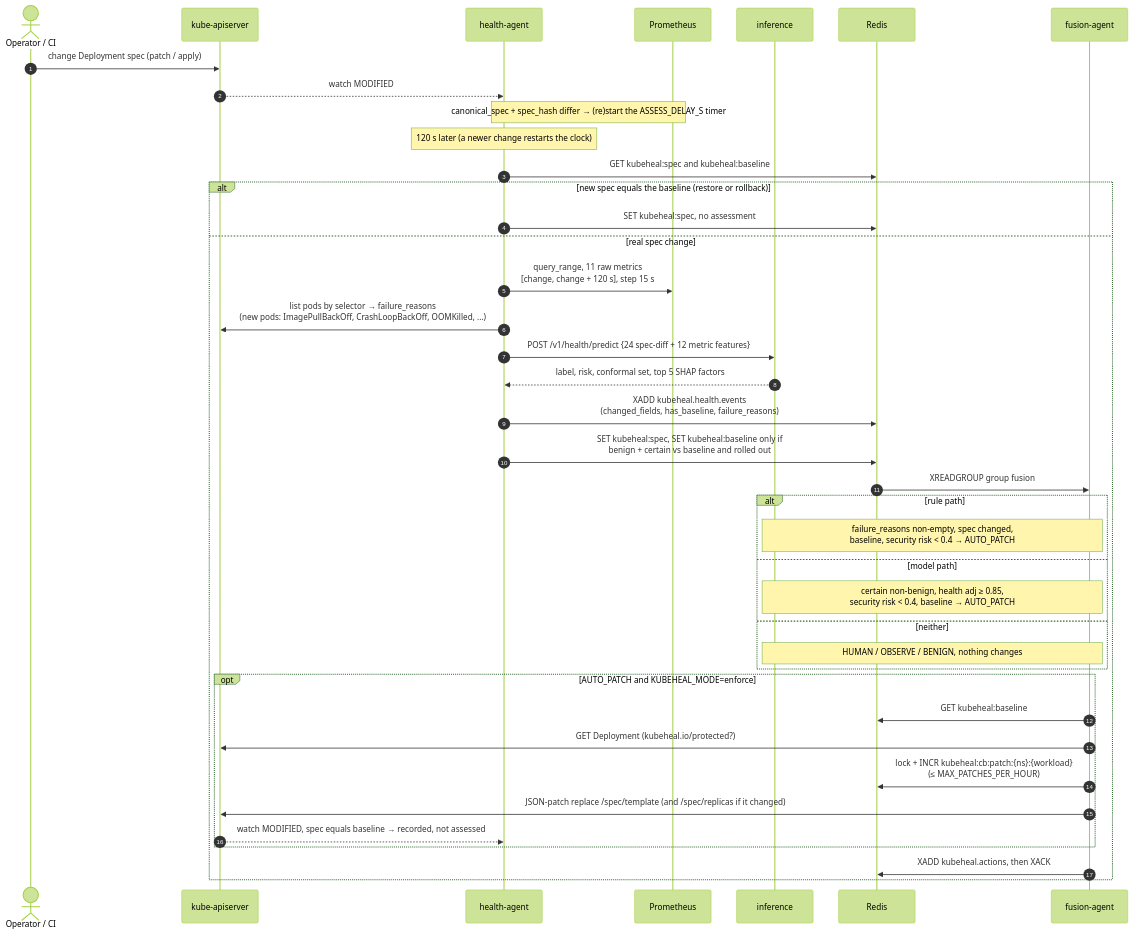
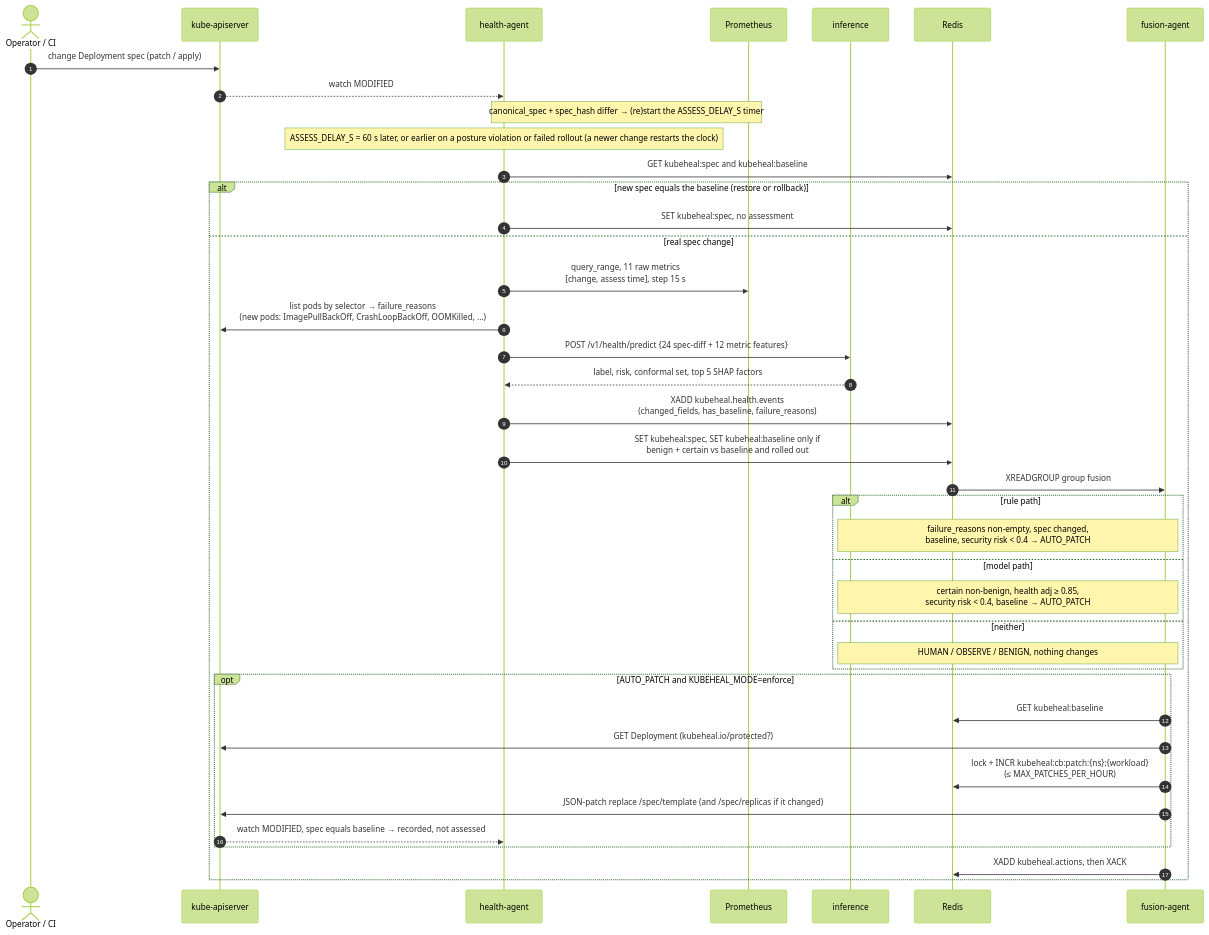
One commit to PRATHVI9607/Unisys_Model changed the third of 3 diagrams in docs/architecture.md. Above: the diagram before and after it, drawn with Mermaid (forest theme). The commit also changed other lines of this file and 3 other files, not shown here.

````diff
--- a/docs/architecture.md
+++ b/docs/architecture.md
@@ -261,43 +261,43 @@
 ```mermaid
 sequenceDiagram
   autonumber
   actor U as Operator / CI
   participant K as kube-apiserver
   participant HA as health-agent
   participant P as Prometheus
   participant INF as inference
   participant R as Redis
   participant FU as fusion-agent
 
   U->>K: change Deployment spec (patch / apply)
   K-->>HA: watch MODIFIED
   Note over HA,P: canonical_spec + spec_hash differ → (re)start the ASSESS_DELAY_S timer
-  Note over HA: 120 s later (a newer change restarts the clock)
+  Note over HA: ASSESS_DELAY_S = 60 s later, or earlier on a posture violation or failed rollout (a newer change restarts the clock)
   HA->>R: GET kubeheal:spec and kubeheal:baseline
   alt new spec equals the baseline (restore or rollback)
     HA->>R: SET kubeheal:spec, no assessment
   else real spec change
-    HA->>P: query_range, 11 raw metrics<br/>[change, change + 120 s], step 15 s
+    HA->>P: query_range, 11 raw metrics<br/>[change, assess time], step 15 s
     HA->>K: list pods by selector → failure_reasons<br/>(new pods: ImagePullBackOff, CrashLoopBackOff, OOMKilled, ...)
     HA->>INF: POST /v1/health/predict {24 spec-diff + 12 metric features}
     INF-->>HA: label, risk, conformal set, top 5 SHAP factors
     HA->>R: XADD kubeheal.health.events<br/>(changed_fields, has_baseline, failure_reasons)
     HA->>R: SET kubeheal:spec, SET kubeheal:baseline only if<br/>benign + certain vs baseline and rolled out
     R->>FU: XREADGROUP group fusion
     alt rule path
       Note over INF,FU: failure_reasons non-empty, spec changed,<br/>baseline, security risk < 0.4 → AUTO_PATCH
     else model path
       Note over INF,FU: certain non-benign, health adj ≥ 0.85,<br/>security risk < 0.4, baseline → AUTO_PATCH
     else neither
       Note over INF,FU: HUMAN / OBSERVE / BENIGN, nothing changes
     end
     opt AUTO_PATCH and KUBEHEAL_MODE=enforce
       FU->>R: GET kubeheal:baseline
       FU->>K: GET Deployment (kubeheal.io/protected?)
       FU->>R: lock + INCR kubeheal:cb:patch:{ns}:{workload}<br/>(≤ MAX_PATCHES_PER_HOUR)
       FU->>K: JSON-patch replace /spec/template (and /spec/replicas if it changed)
       K-->>HA: watch MODIFIED, spec equals baseline → recorded, not assessed
     end
     FU->>R: XADD kubeheal.actions, then XACK
   end
 ```
````
